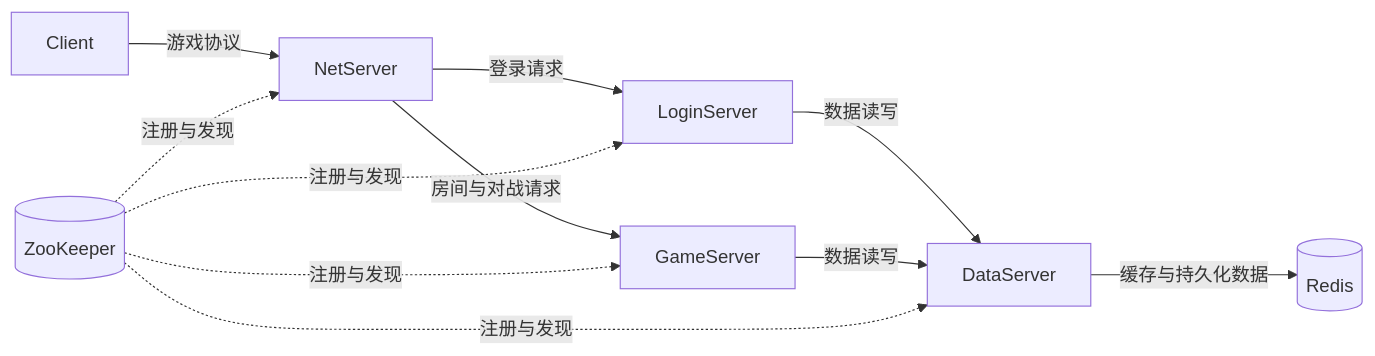
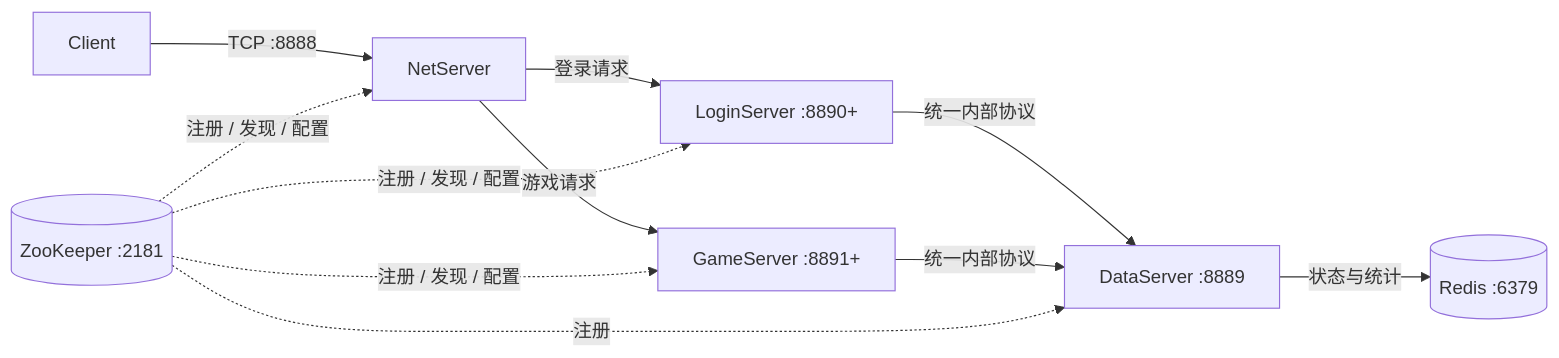
The first of 2 diagrams in README.md (feiyun0310/ab-fight-zookeeper), drawn with Mermaid before and after one commit. The commit also changed other lines of this file, not shown here.

Commit message:
docs: expand architecture and portfolio README

````diff
--- a/README.md
+++ b/README.md
@@ -7,14 +19,13 @@
 ```mermaid
 flowchart LR
-    Client[Client] -->|游戏协议| NetServer
-    NetServer -->|登录请求| LoginServer
-    NetServer -->|房间与对战请求| GameServer
-    LoginServer -->|数据读写| DataServer
-    GameServer -->|数据读写| DataServer
-    DataServer -->|缓存与持久化数据| Redis[(Redis)]
-
-    ZooKeeper[(ZooKeeper)] -.注册与发现.-> NetServer
-    ZooKeeper -.注册与发现.-> LoginServer
-    ZooKeeper -.注册与发现.-> GameServer
-    ZooKeeper -.注册与发现.-> DataServer
+    C[Client] -->|TCP :8888| N[NetServer]
+    N -->|登录请求| L[LoginServer :8890+]
+    N -->|游戏请求| G[GameServer :8891+]
+    L -->|统一内部协议| D[DataServer :8889]
+    G -->|统一内部协议| D
+    D -->|状态与统计| R[(Redis :6379)]
+    Z[(ZooKeeper :2181)] -. 注册 / 发现 / 配置 .-> N
+    Z -. 注册 / 发现 / 配置 .-> L
+    Z -. 注册 / 发现 / 配置 .-> G
+    Z -. 注册 .-> D
 ```
````
